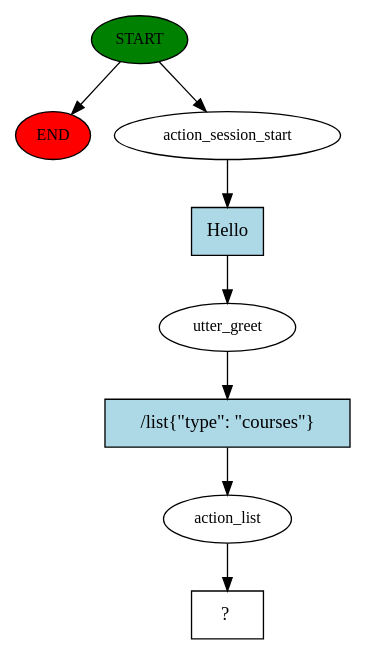
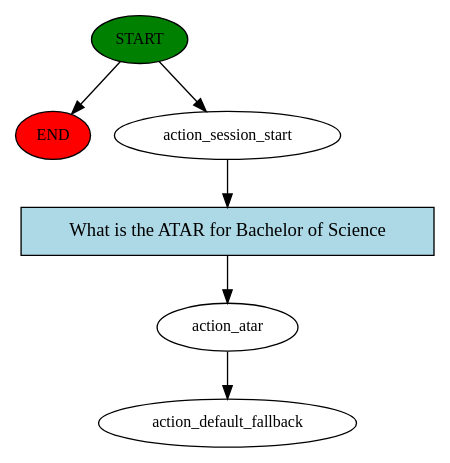
One commit to wei-research/UTSChatbot changed the diagram in story_graph.dot. Above: the diagram before and after it, drawn with Graphviz. The commit also changed 7 other files, not shown here.

```diff
--- a/story_graph.dot
+++ b/story_graph.dot
@@ -1,17 +1,13 @@
 digraph  {
 0 [class="start active", fillcolor=green, fontsize=12, label=START, style=filled];
 "-1" [class=end, fillcolor=red, fontsize=12, label=END, style=filled];
 1 [class=active, fontsize=12, label=action_session_start];
-2 [class=active, fontsize=12, label=utter_greet];
-3 [class=active, fontsize=12, label=action_list];
-4 [class="intent dashed active", label="  ?  ", shape=rect];
-5 [class="intent active", fillcolor=lightblue, label=Hello, shape=rect, style=filled];
-6 [class="intent active", fillcolor=lightblue, label="/list{\"type\": \"courses\"}", shape=rect, style=filled];
+2 [class=active, fontsize=12, label=action_atar];
+3 [class="dashed active", fontsize=12, label=action_default_fallback];
+4 [class="intent active", fillcolor=lightblue, label="What is the ATAR for Bachelor of Science", shape=rect, style=filled];
 0 -> "-1"  [class="", key=NONE, label=""];
 0 -> 1  [class=active, key=NONE, label=""];
-1 -> 5  [class=active, key=0];
-2 -> 6  [class=active, key=0];
-3 -> 4  [class=active, key=NONE, label=""];
-5 -> 2  [class=active, key=0];
-6 -> 3  [class=active, key=0];
+1 -> 4  [class=active, key=0];
+2 -> 3  [class=active, key=NONE, label=""];
+4 -> 2  [class=active, key=0];
 }
```
